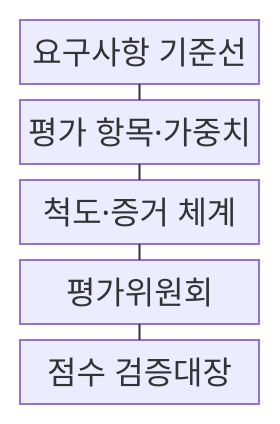
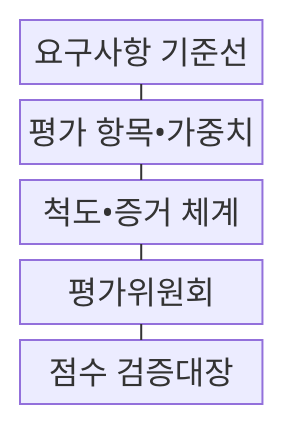
One commit to agnusdei1207/knowledge-base changed the first of 2 diagrams in src/content/docs/notes/03-software/224_software_technology_evaluation.md. Above: the diagram before and after it, drawn with Mermaid. The commit also changed other lines of this file and 953 other files, not shown here.

````diff
--- a/src/content/docs/notes/03-software/224_software_technology_evaluation.md
+++ b/src/content/docs/notes/03-software/224_software_technology_evaluation.md
@@ -67,13 +67,13 @@
 ```mermaid
 block-beta
     columns 1
     A["요구사항 기준선"]
-    B["평가 항목·가중치"]
-    C["척도·증거 체계"]
+    B["평가 항목•가중치"]
+    C["척도•증거 체계"]
     D["평가위원회"]
     E["점수 검증대장"]
     A --- B
     B --- C
     C --- D
     D --- E
 ```
````
